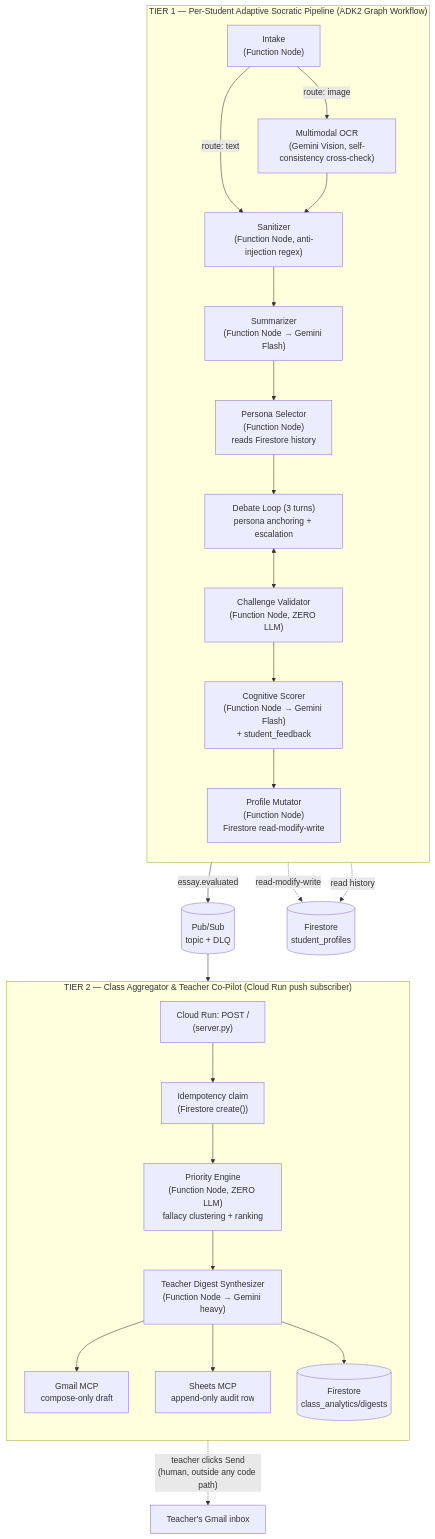
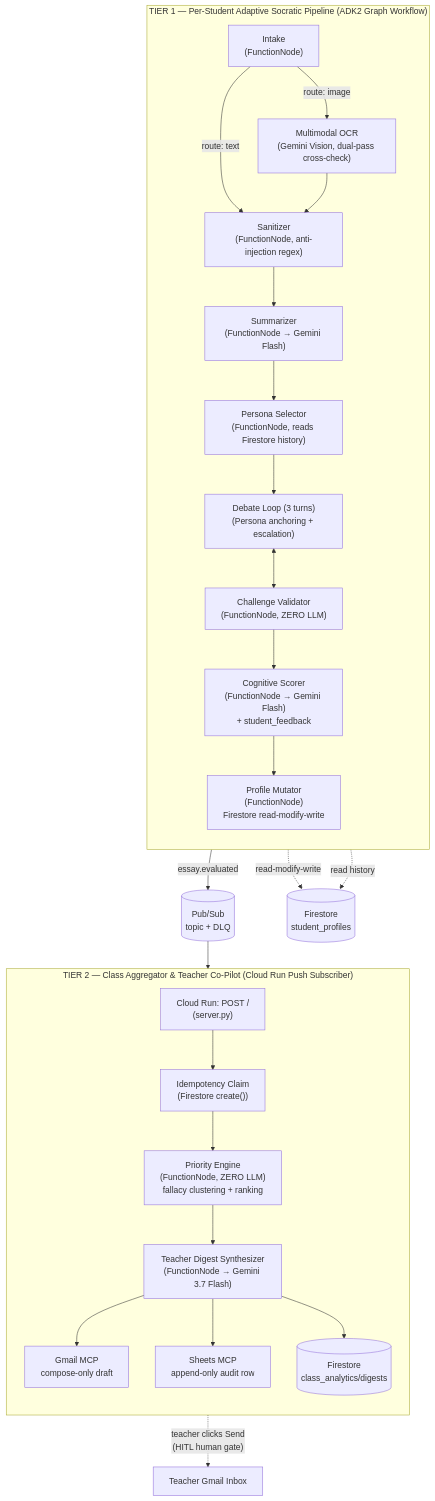
Before and after one commit to francisnguyenanh/EduAgent: the diagram in README.md, drawn with Mermaid. The commit also changed other lines of this file and 13 other files, not shown here.

````diff
--- a/README.md
+++ b/README.md
@@ -68,32 +83,32 @@
 ```mermaid
 flowchart TD
     subgraph T1["TIER 1 — Per-Student Adaptive Socratic Pipeline (ADK2 Graph Workflow)"]
         direction TB
-        IN["Intake\n(Function Node)"] -->|route: image| OCR["Multimodal OCR\n(Gemini Vision, self-consistency cross-check)"]
-        IN -->|route: text| SAN["Sanitizer\n(Function Node, anti-injection regex)"]
+        IN["Intake\n(FunctionNode)"] -->|route: image| OCR["Multimodal OCR\n(Gemini Vision, dual-pass cross-check)"]
+        IN -->|route: text| SAN["Sanitizer\n(FunctionNode, anti-injection regex)"]
         OCR --> SAN
-        SAN --> SUM["Summarizer\n(Function Node → Gemini Flash)"]
-        SUM --> PS["Persona Selector\n(Function Node)\nreads Firestore history"]
-        PS --> DEBATE["Debate Loop (3 turns)\npersona anchoring + escalation"]
-        DEBATE <--> VAL["Challenge Validator\n(Function Node, ZERO LLM)"]
-        VAL --> SCORE["Cognitive Scorer\n(Function Node → Gemini Flash)\n+ student_feedback"]
-        SCORE --> MUT["Profile Mutator\n(Function Node)\nFirestore read-modify-write"]
+        SAN --> SUM["Summarizer\n(FunctionNode → Gemini Flash)"]
+        SUM --> PS["Persona Selector\n(FunctionNode, reads Firestore history)"]
+        PS --> DEBATE["Debate Loop (3 turns)\n(Persona anchoring + escalation)"]
+        DEBATE <--> VAL["Challenge Validator\n(FunctionNode, ZERO LLM)"]
+        VAL --> SCORE["Cognitive Scorer\n(FunctionNode → Gemini Flash)\n+ student_feedback"]
+        SCORE --> MUT["Profile Mutator\n(FunctionNode)\nFirestore read-modify-write"]
     end
 
     MUT -->|"essay.evaluated"| PUBSUB[("Pub/Sub\ntopic + DLQ")]
 
-    subgraph T2["TIER 2 — Class Aggregator & Teacher Co-Pilot (Cloud Run push subscriber)"]
+    subgraph T2["TIER 2 — Class Aggregator & Teacher Co-Pilot (Cloud Run Push Subscriber)"]
         direction TB
-        SUB["Cloud Run: POST /\n(server.py)"] --> IDEM["Idempotency claim\n(Firestore create())"]
-        IDEM --> RANK["Priority Engine\n(Function Node, ZERO LLM)\nfallacy clustering + ranking"]
-        RANK --> DIGEST["Teacher Digest Synthesizer\n(Function Node → Gemini heavy)"]
+        SUB["Cloud Run: POST /\n(server.py)"] --> IDEM["Idempotency Claim\n(Firestore create())"]
+        IDEM --> RANK["Priority Engine\n(FunctionNode, ZERO LLM)\nfallacy clustering + ranking"]
+        RANK --> DIGEST["Teacher Digest Synthesizer\n(FunctionNode → Gemini 3.7 Flash)"]
         DIGEST --> GMAIL["Gmail MCP\ncompose-only draft"]
         DIGEST --> SHEETS["Sheets MCP\nappend-only audit row"]
         DIGEST --> ANALYTICS[("Firestore\nclass_analytics/digests")]
     end
 
     PUBSUB --> SUB
     MUT -.->|"read-modify-write"| PROFILES[("Firestore\nstudent_profiles")]
     PS -.->|"read history"| PROFILES
-    GMAIL -.->|"teacher clicks Send\n(human, outside any code path)"| TEACHER["Teacher's Gmail inbox"]
+    GMAIL -.->|"teacher clicks Send\n(HITL human gate)"| TEACHER["Teacher Gmail Inbox"]
 ```
````
